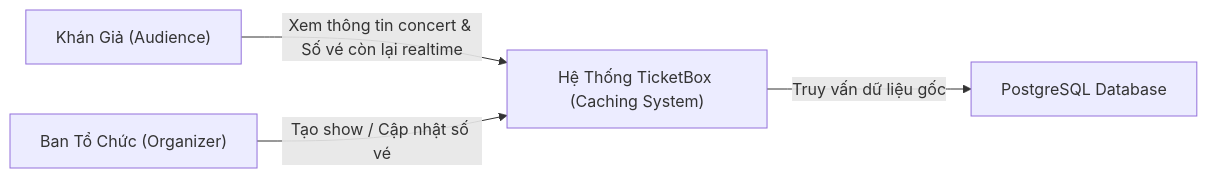
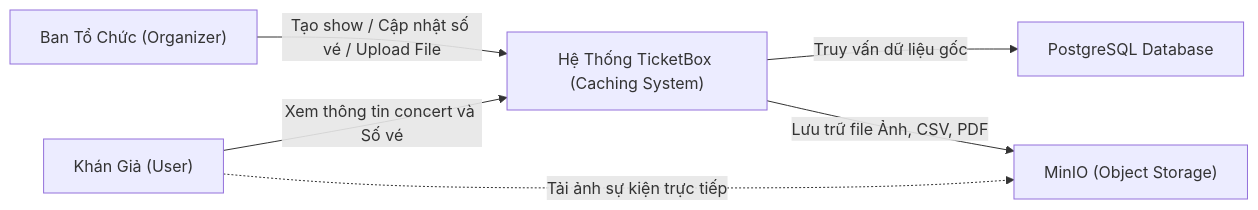
Before and after one commit to NguyenSonTung16/ticket_box: the second of 5 diagrams in blueprint/design.md, drawn with Mermaid. The commit also changed other lines of this file, not shown here.

Commit message:
docs: add design documentation for ticket system architecture

````diff
--- a/blueprint/design.md
+++ b/blueprint/design.md
@@ -53,6 +98,10 @@
 ```mermaid
 graph LR
-    User["Khán Giả (Audience)"] -->|Xem thông tin concert & Số vé còn lại realtime| TicketBox["Hệ Thống TicketBox (Caching System)"]
-    Admin["Ban Tổ Chức (Organizer)"] -->|Tạo show / Cập nhật số vé| TicketBox
+    User["Khán Giả (User)"] -->|Xem thông tin concert và Số vé| TicketBox["Hệ Thống TicketBox (Caching System)"]
+    Admin["Ban Tổ Chức (Organizer)"] -->|Tạo show / Cập nhật số vé / Upload File| TicketBox
+    
+    User -.->|Tải ảnh sự kiện trực tiếp| MinIO["MinIO (Object Storage)"]
+    
     TicketBox -->|Truy vấn dữ liệu gốc| DB["PostgreSQL Database"]
+    TicketBox -->|Lưu trữ file Ảnh, CSV, PDF| MinIO
 ```
````
